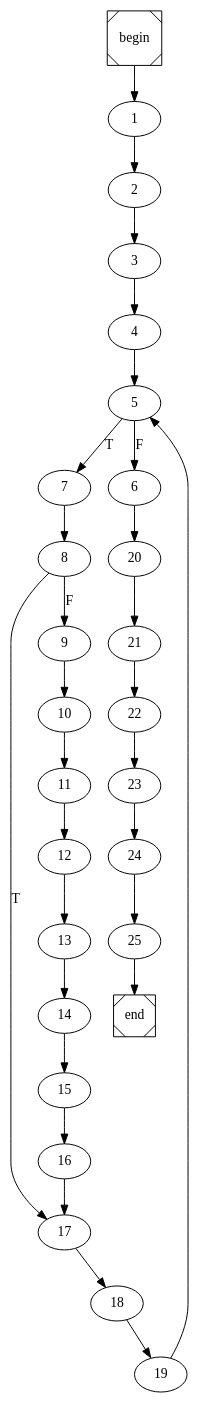
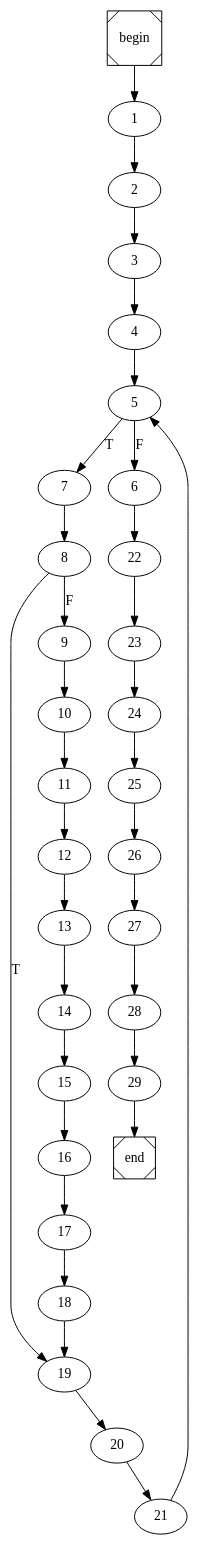
Before and after one commit to arubenruben/JMM-Compiler: the diagram in partition_int_arr_int_int.dot, drawn with Graphviz. The commit also changed 11 other files, not shown here.

```diff
--- a/partition_int_arr_int_int.dot
+++ b/partition_int_arr_int_int.dot
@@ -1,4 +1,4 @@
 digraph cfg {
 	begin [shape=Msquare];
 	end [shape=Msquare];
-	begin -> 1;	1 -> 2;	2 -> 3;	3 -> 4;	4 -> 5;	5 -> 7[label=T];	5 -> 6[label=F];	6 -> 20;	7 -> 8;	8 -> 17[label=T];	8 -> 9[label=F];	9 -> 10;	10 -> 11;	11 -> 12;	12 -> 13;	13 -> 14;	14 -> 15;	15 -> 16;	16 -> 17;	17 -> 18;	18 -> 19;	19 -> 5;	20 -> 21;	21 -> 22;	22 -> 23;	23 -> 24;	24 -> 25;	25 -> end;}
+	begin -> 1;	1 -> 2;	2 -> 3;	3 -> 4;	4 -> 5;	5 -> 7[label=T];	5 -> 6[label=F];	6 -> 22;	7 -> 8;	8 -> 19[label=T];	8 -> 9[label=F];	9 -> 10;	10 -> 11;	11 -> 12;	12 -> 13;	13 -> 14;	14 -> 15;	15 -> 16;	16 -> 17;	17 -> 18;	18 -> 19;	19 -> 20;	20 -> 21;	21 -> 5;	22 -> 23;	23 -> 24;	24 -> 25;	25 -> 26;	26 -> 27;	27 -> 28;	28 -> 29;	29 -> end;}
```
